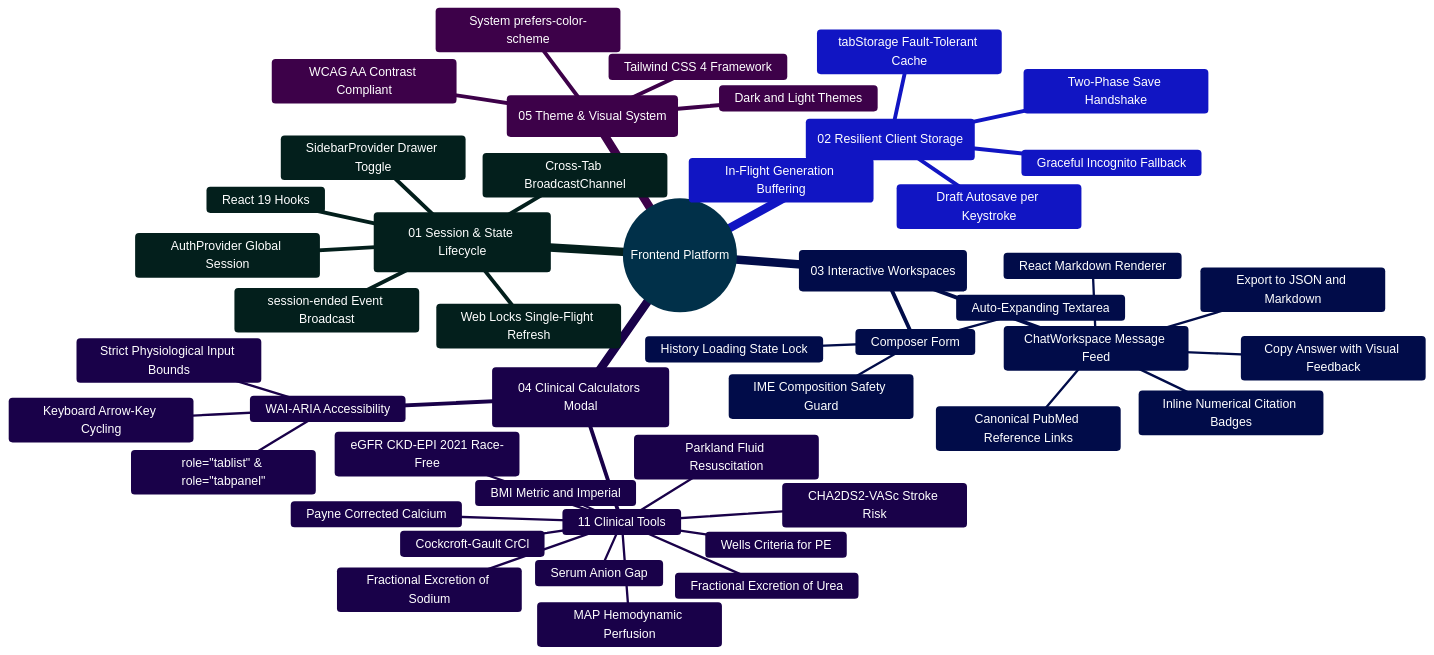
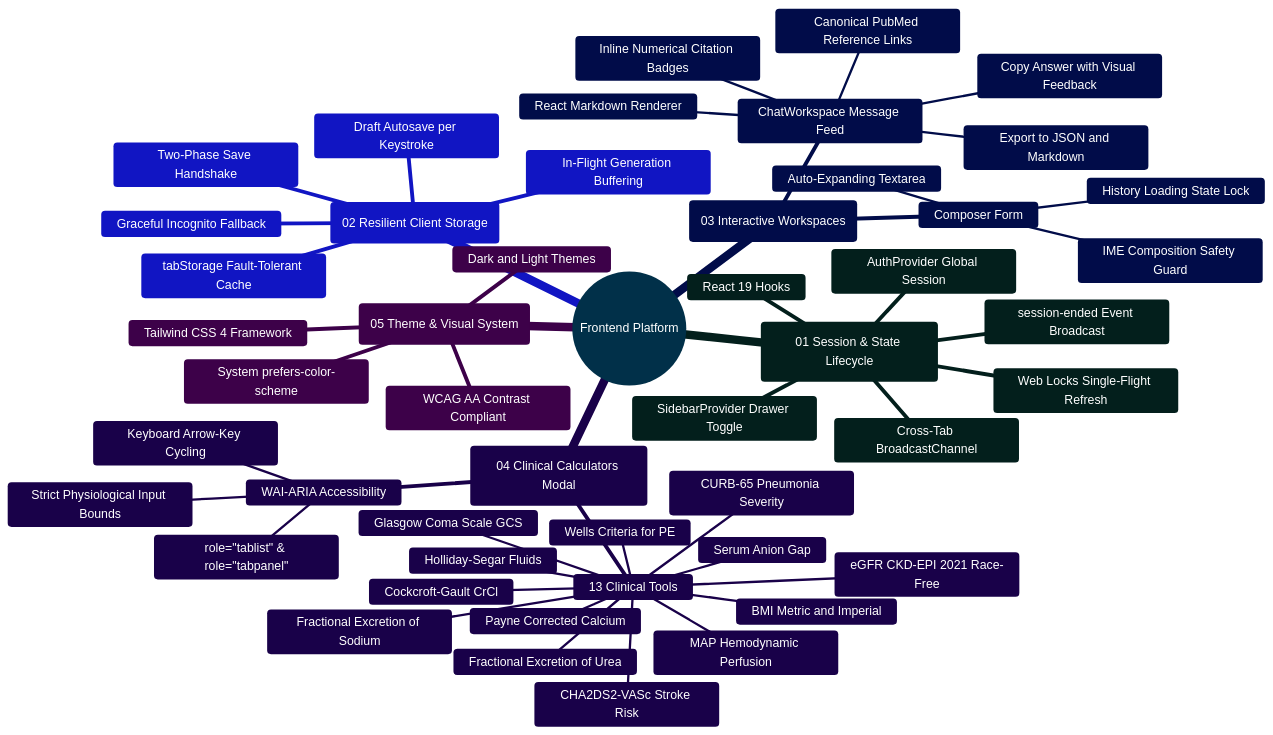
Before and after one commit to Ganesh172919/React-App-LLM: the diagram in frontend/README.md, drawn with Mermaid. The commit also changed other lines of this file and 11 other files, not shown here.

Commit message:
docs: comprehensive update across architecture, 13 clinical tools, and 14 FDA drug interaction rules

````diff
--- a/frontend/README.md
+++ b/frontend/README.md
@@ -64,52 +64,54 @@
 ```mermaid
 %%{init: {'theme': 'base', 'themeVariables': { 'primaryColor': '#0284c7', 'primaryTextColor': '#ffffff', 'primaryBorderColor': '#0369a1', 'lineColor': '#0284c7', 'secondaryColor': '#0d9488', 'tertiaryColor': '#6366f1' }}}%%
 mindmap
   root((Frontend Platform))
     ::icon(fa fa-desktop)
     (01 Session & State Lifecycle)
       React 19 Hooks
       AuthProvider Global Session
       SidebarProvider Drawer Toggle
       Web Locks Single-Flight Refresh
       Cross-Tab BroadcastChannel
       session-ended Event Broadcast
     (02 Resilient Client Storage)
       tabStorage Fault-Tolerant Cache
       Draft Autosave per Keystroke
       In-Flight Generation Buffering
       Two-Phase Save Handshake
       Graceful Incognito Fallback
     (03 Interactive Workspaces)
       ChatWorkspace Message Feed
         React Markdown Renderer
         Inline Numerical Citation Badges
         Canonical PubMed Reference Links
         Copy Answer with Visual Feedback
         Export to JSON and Markdown
       Composer Form
         IME Composition Safety Guard
         History Loading State Lock
         Auto-Expanding Textarea
     (04 Clinical Calculators Modal)
-      11 Clinical Tools
+      13 Clinical Tools
         BMI Metric and Imperial
         eGFR CKD-EPI 2021 Race-Free
         CHA2DS2-VASc Stroke Risk
         MAP Hemodynamic Perfusion
         Cockcroft-Gault CrCl
         Payne Corrected Calcium
         Serum Anion Gap
         Fractional Excretion of Sodium
         Fractional Excretion of Urea
-        Parkland Fluid Resuscitation
+        Holliday-Segar Fluids
         Wells Criteria for PE
+        CURB-65 Pneumonia Severity
+        Glasgow Coma Scale GCS
       WAI-ARIA Accessibility
         role="tablist" & role="tabpanel"
         Keyboard Arrow-Key Cycling
         Strict Physiological Input Bounds
     (05 Theme & Visual System)
       Tailwind CSS 4 Framework
       Dark and Light Themes
       System prefers-color-scheme
       WCAG AA Contrast Compliant
 ```
````
